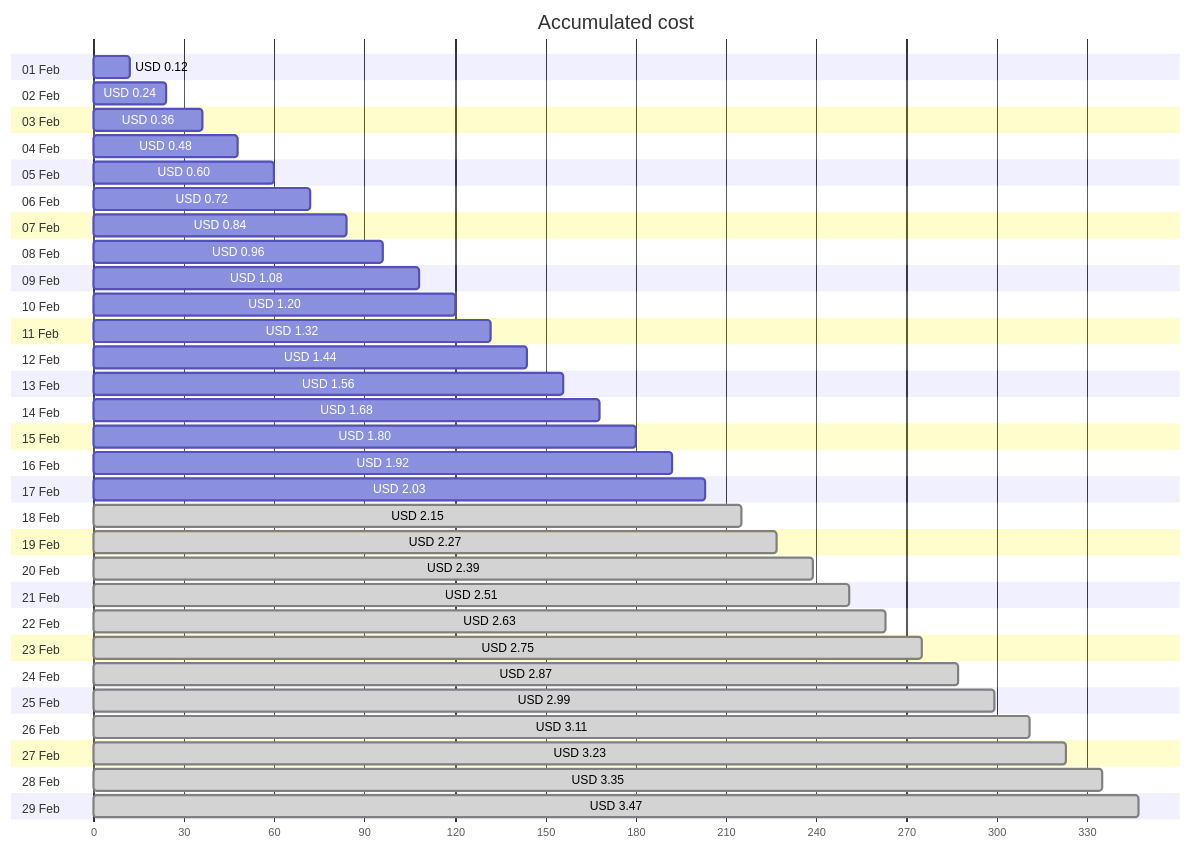
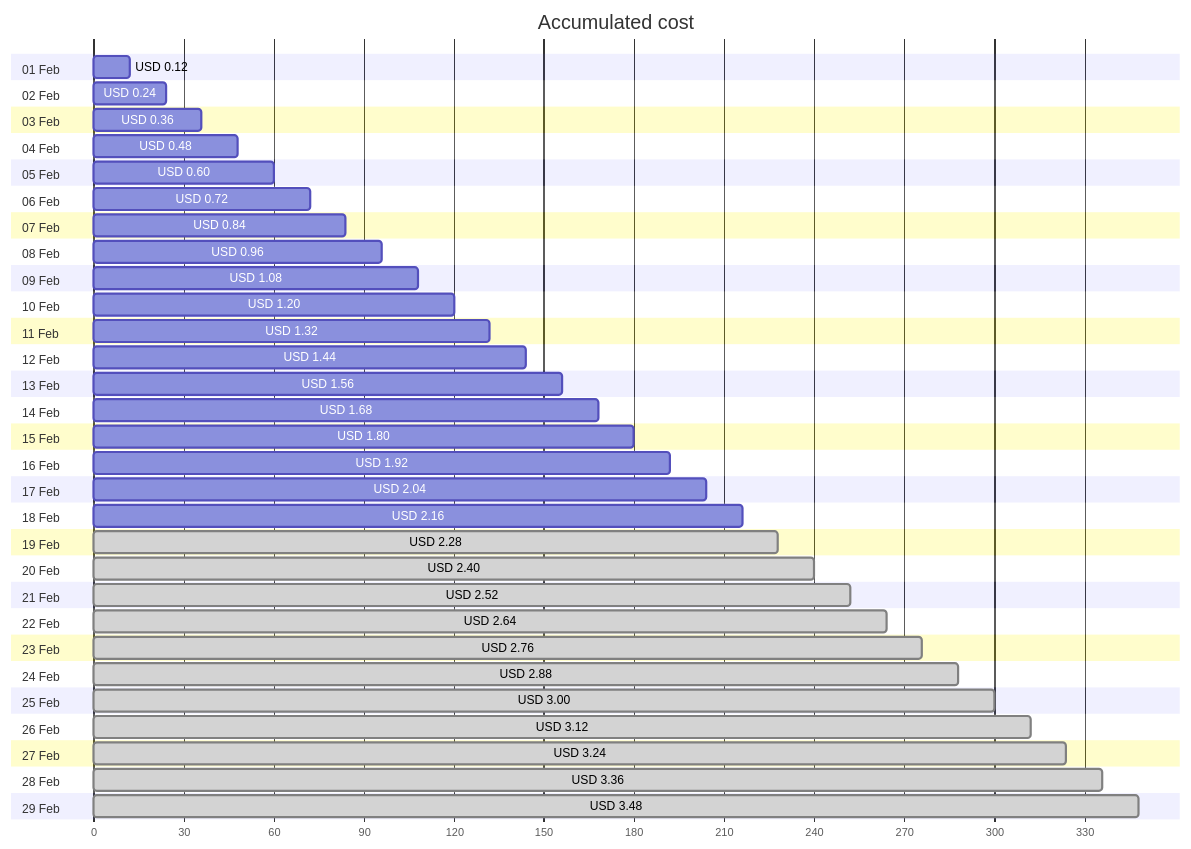
The first of 4 diagrams in cost-reports/personal-network/backup-server-public-ip.md (jpfulton/azure-personal-reports), drawn with Mermaid before and after one commit. The commit also changed other lines of this file and 8 other files, not shown here.

````diff
--- a/cost-reports/personal-network/backup-server-public-ip.md
+++ b/cost-reports/personal-network/backup-server-public-ip.md
@@ -20,64 +20,64 @@
 ```mermaid
 gantt
    title Accumulated cost
    dateFormat  X
    axisFormat %s
    section 01 Feb
    USD 0.12 :0, 12
    section 02 Feb
    USD 0.24 :0, 24
    section 03 Feb
    USD 0.36 :0, 36
    section 04 Feb
    USD 0.48 :0, 48
    section 05 Feb
    USD 0.60 :0, 60
    section 06 Feb
    USD 0.72 :0, 72
    section 07 Feb
    USD 0.84 :0, 84
    section 08 Feb
    USD 0.96 :0, 96
    section 09 Feb
    USD 1.08 :0, 108
    section 10 Feb
    USD 1.20 :0, 120
    section 11 Feb
    USD 1.32 :0, 132
    section 12 Feb
    USD 1.44 :0, 144
    section 13 Feb
    USD 1.56 :0, 156
    section 14 Feb
    USD 1.68 :0, 168
    section 15 Feb
    USD 1.80 :0, 180
    section 16 Feb
    USD 1.92 :0, 192
    section 17 Feb
-   USD 2.03 :0, 203
+   USD 2.04 :0, 204
    section 18 Feb
-   USD 2.15 : done, 0, 215
+   USD 2.16 :0, 216
    section 19 Feb
-   USD 2.27 : done, 0, 227
+   USD 2.28 : done, 0, 228
    section 20 Feb
-   USD 2.39 : done, 0, 239
+   USD 2.40 : done, 0, 240
    section 21 Feb
-   USD 2.51 : done, 0, 251
+   USD 2.52 : done, 0, 252
    section 22 Feb
-   USD 2.63 : done, 0, 263
+   USD 2.64 : done, 0, 264
    section 23 Feb
-   USD 2.75 : done, 0, 275
+   USD 2.76 : done, 0, 276
    section 24 Feb
-   USD 2.87 : done, 0, 287
+   USD 2.88 : done, 0, 288
    section 25 Feb
-   USD 2.99 : done, 0, 299
+   USD 3.00 : done, 0, 300
    section 26 Feb
-   USD 3.11 : done, 0, 311
+   USD 3.12 : done, 0, 312
    section 27 Feb
-   USD 3.23 : done, 0, 323
+   USD 3.24 : done, 0, 324
    section 28 Feb
-   USD 3.35 : done, 0, 335
+   USD 3.36 : done, 0, 336
    section 29 Feb
-   USD 3.47 : done, 0, 347
+   USD 3.48 : done, 0, 348
 ```
````
